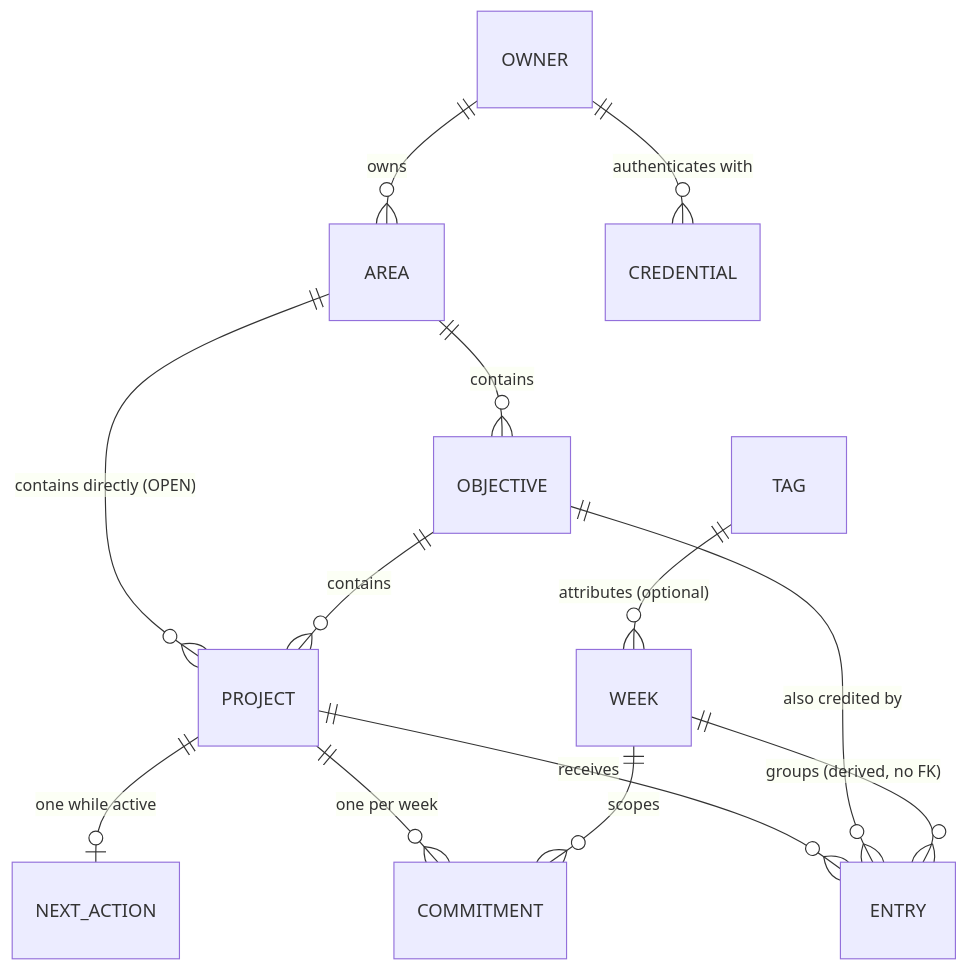
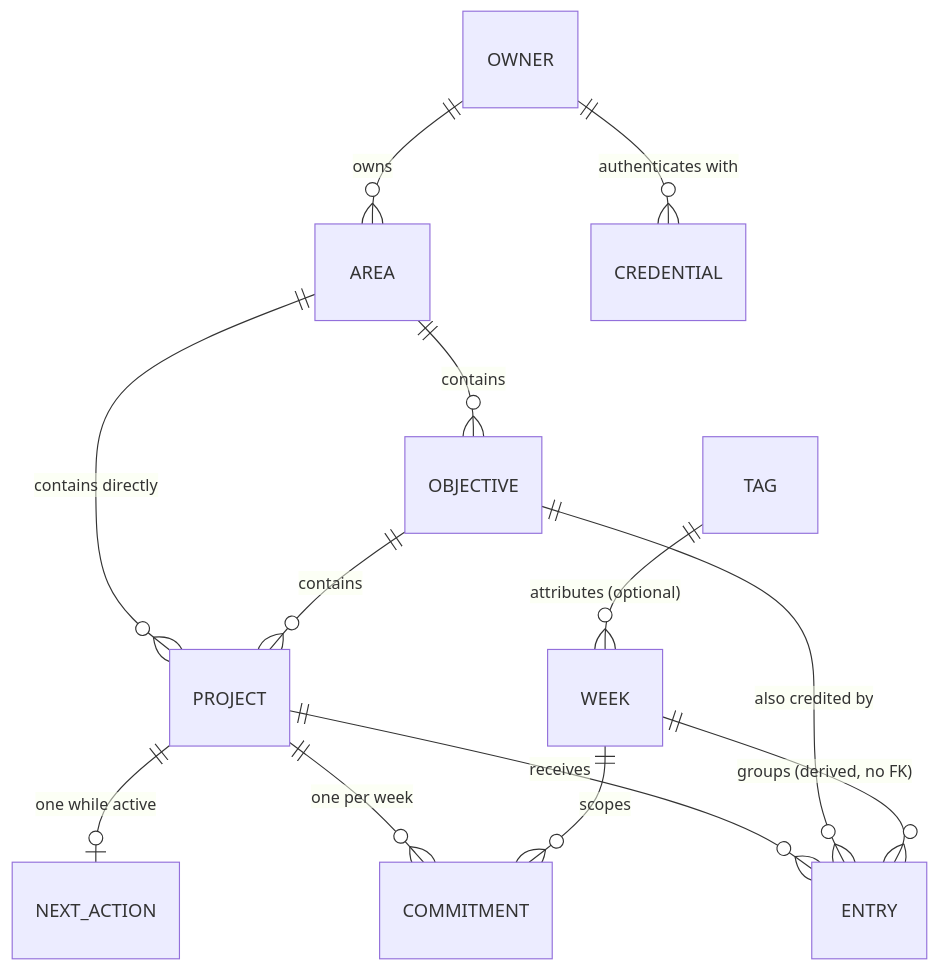
The first of 2 diagrams in docs/project/data-model.md (lionns/ritmo), drawn with Mermaid before and after one commit. The commit also changed other lines of this file and 3 other files, not shown here.

````diff
--- a/docs/project/data-model.md
+++ b/docs/project/data-model.md
@@ -8,15 +10,15 @@
 ```mermaid
 erDiagram
     OWNER     ||--o{ AREA        : owns
     OWNER     ||--o{ CREDENTIAL  : "authenticates with"
     AREA      ||--o{ OBJECTIVE   : contains
-    AREA      ||--o{ PROJECT     : "contains directly (OPEN)"
+    AREA      ||--o{ PROJECT     : "contains directly"
     OBJECTIVE ||--o{ PROJECT     : contains
     PROJECT   ||--o| NEXT_ACTION : "one while active"
     PROJECT   ||--o{ COMMITMENT  : "one per week"
     PROJECT   ||--o{ ENTRY       : receives
     OBJECTIVE ||--o{ ENTRY       : "also credited by"
     WEEK      ||--o{ COMMITMENT  : scopes
     WEEK      ||--o{ ENTRY       : "groups (derived, no FK)"
     TAG       ||--o{ WEEK        : "attributes (optional)"
 ```
````
